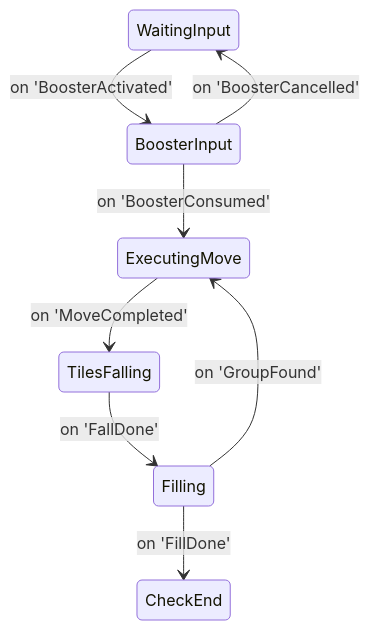
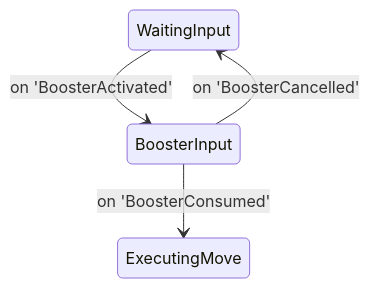
One commit to rebbort/blast-puzzle-test-game changed the second of 2 diagrams in ARCHITECTURE.md. Above: the diagram before and after it, drawn with Mermaid. The commit also changed other lines of this file and 8 other files, not shown here.

Commit message:
fix: revert move sequence changes causing board errors

````diff
--- a/ARCHITECTURE.md
+++ b/ARCHITECTURE.md
@@ -33,10 +33,6 @@
 ```mermaid
 stateDiagram-v2
   WaitingInput --> BoosterInput: on 'BoosterActivated'
   BoosterInput --> ExecutingMove: on 'BoosterConsumed'
   BoosterInput --> WaitingInput: on 'BoosterCancelled'
-  ExecutingMove --> TilesFalling: on 'MoveCompleted'
-  TilesFalling --> Filling: on 'FallDone'
-  Filling --> ExecutingMove: on 'GroupFound'
-  Filling --> CheckEnd: on 'FillDone'
 ```
````
